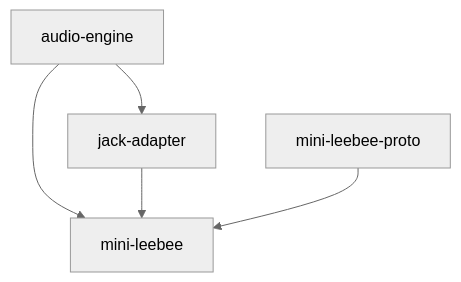
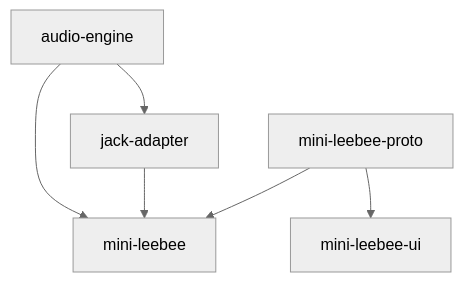
Before and after one commit to wmedrano/mini-leebee: the diagram in README.md, drawn with Mermaid (neutral theme). The commit also changed other lines of this file and 13 other files, not shown here.

````diff
--- a/README.md
+++ b/README.md
@@ -43,8 +46,9 @@
 ```mermaid
 graph TD
   audio-engine --> jack-adapter
 
   audio-engine --> mini-leebee
   jack-adapter --> mini-leebee
   mini-leebee-proto --> mini-leebee
+  mini-leebee-proto --> mini-leebee-ui
 ```
````
